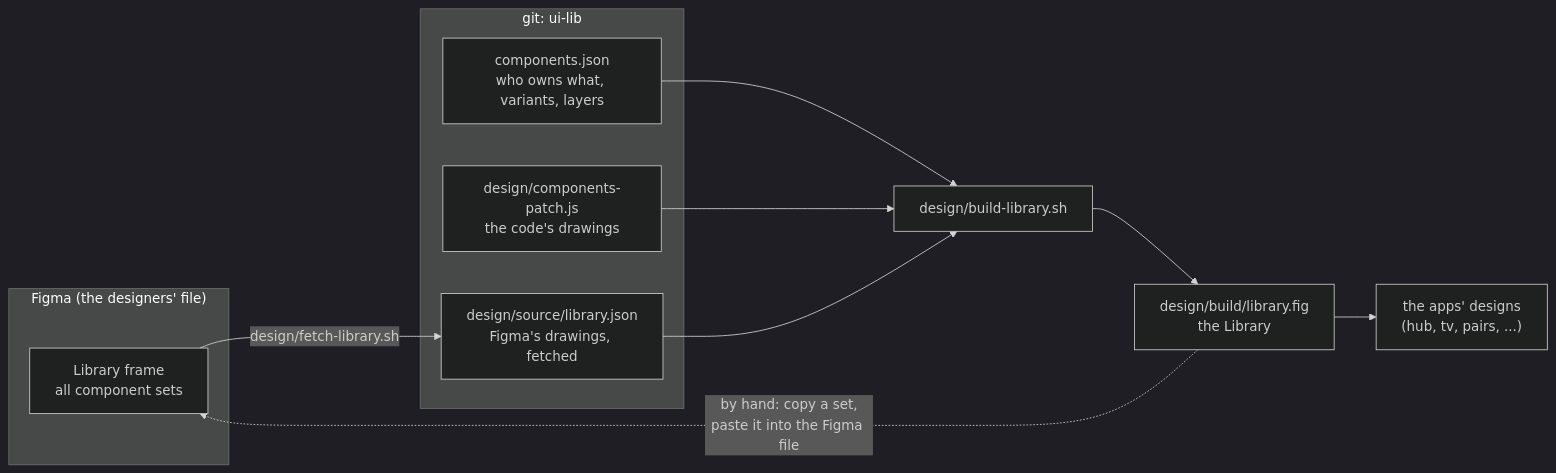
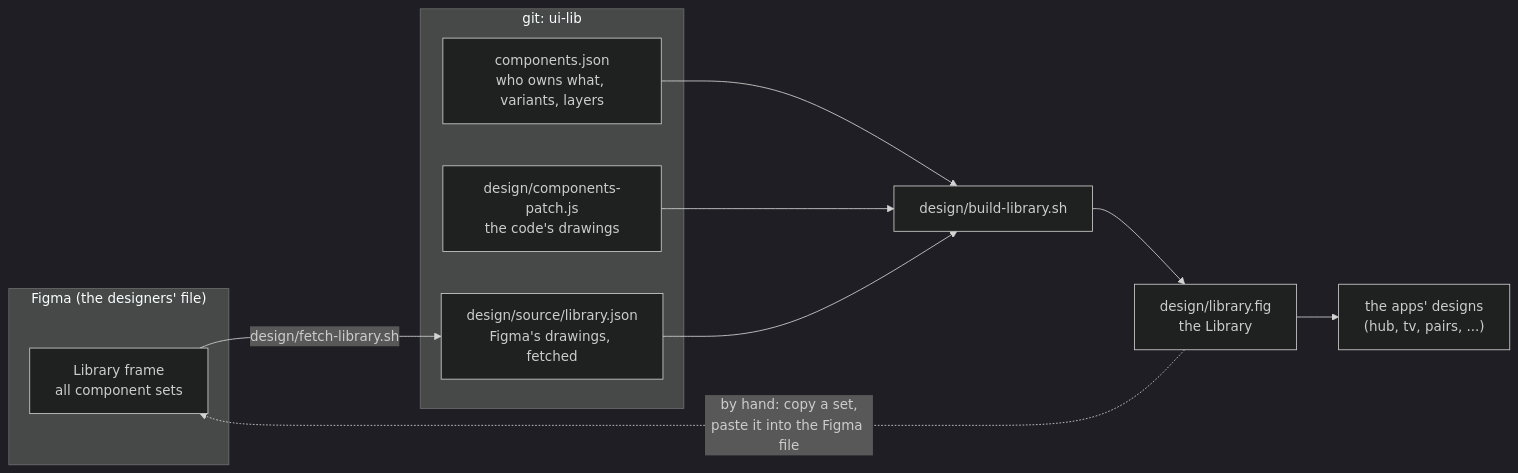
One commit to sdv-everyware/ui-lib changed the first of 5 diagrams in design/WORKFLOW.md. Above: the diagram before and after it, drawn with Mermaid (dark theme). The commit also changed other lines of this file and 8 other files, not shown here.

First line of the commit message:
The Library's built design in git: design/library.fig

````diff
--- a/design/WORKFLOW.md
+++ b/design/WORKFLOW.md
@@ -18,18 +18,18 @@
 ```mermaid
 flowchart LR
   subgraph figma["Figma (the designers' file)"]
     DF["Library frame<br/>all component sets"]
   end
   subgraph git["git: ui-lib"]
     CJ["components.json<br/>who owns what, variants, layers"]
     CP["design/components-patch.js<br/>the code's drawings"]
     LJ["design/source/library.json<br/>Figma's drawings, fetched"]
   end
   DF -->|"design/fetch-library.sh"| LJ
   CJ --> B
   CP --> B
   LJ --> B
-  B["design/build-library.sh"] --> L["design/build/library.fig<br/>the Library"]
+  B["design/build-library.sh"] --> L["design/library.fig<br/>the Library"]
   L --> APPS["the apps' designs<br/>(hub, tv, pairs, ...)"]
   L -.->|"by hand: copy a set,<br/>paste it into the Figma file"| DF
 ```
````
